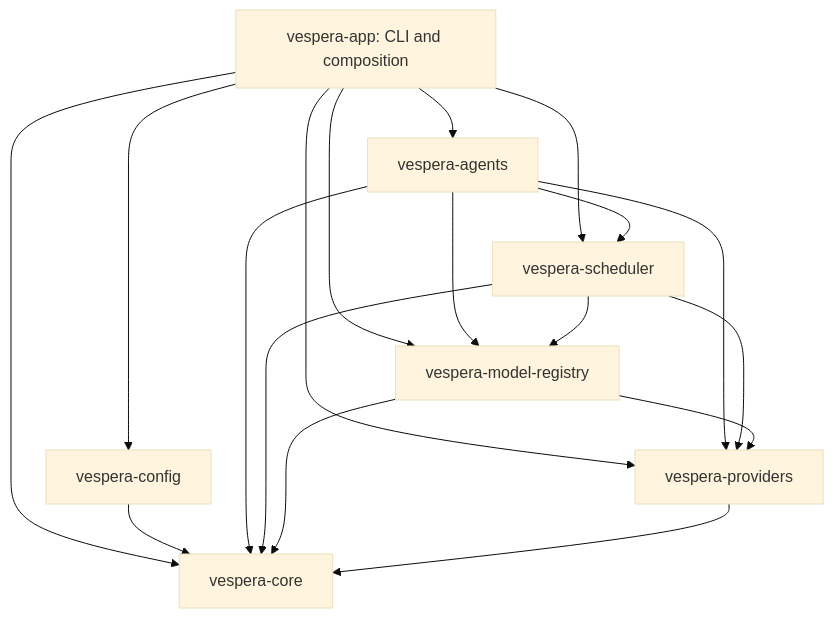
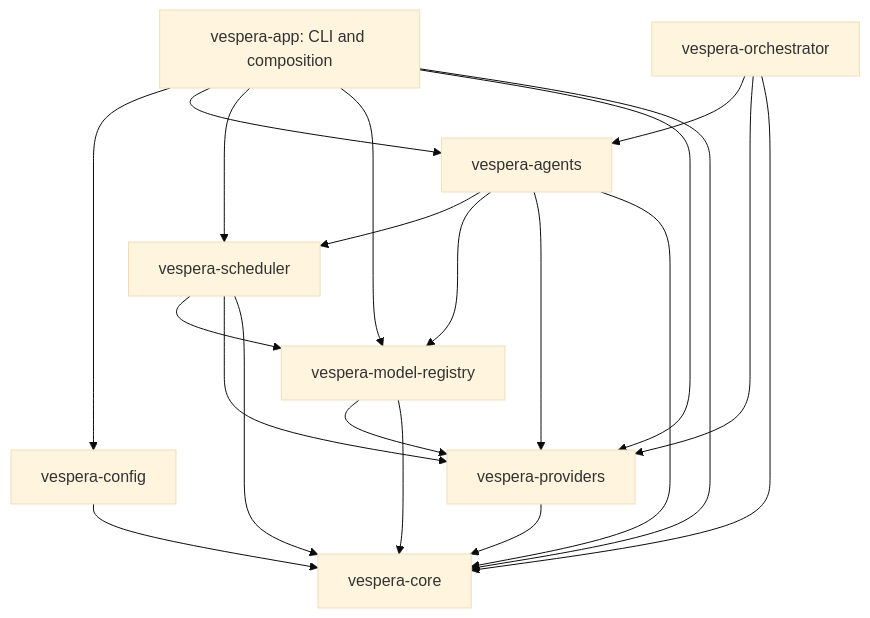
Before and after one commit to ShamelesAbyss/Vespera: the diagram in docs/ARCHITECTURE.md, drawn with Mermaid (base theme). The commit also changed other lines of this file and 15 other files, not shown here.

````diff
--- a/docs/ARCHITECTURE.md
+++ b/docs/ARCHITECTURE.md
@@ -14,20 +14,23 @@
 ```mermaid
 flowchart TD
     App[vespera-app: CLI and composition] --> Config[vespera-config]
     App --> Agents[vespera-agents]
     App --> Scheduler[vespera-scheduler]
     App --> Registry[vespera-model-registry]
     App --> Providers[vespera-providers]
     App --> Core[vespera-core]
+    Orchestrator[vespera-orchestrator] --> Agents
+    Orchestrator --> Providers
+    Orchestrator --> Core
     Config --> Core
     Agents --> Scheduler
     Agents --> Registry
     Agents --> Providers
     Agents --> Core
     Scheduler --> Registry
     Scheduler --> Providers
     Scheduler --> Core
     Registry --> Providers
     Registry --> Core
     Providers --> Core
 ```
````
